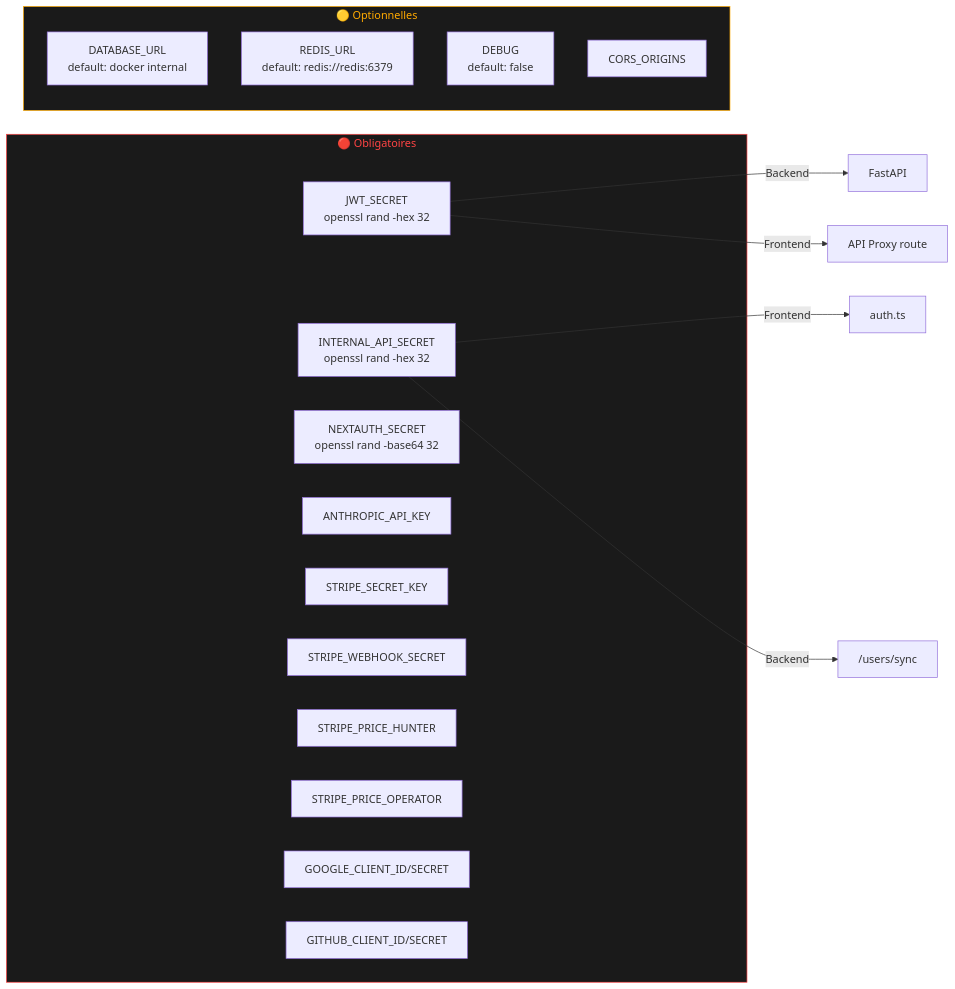
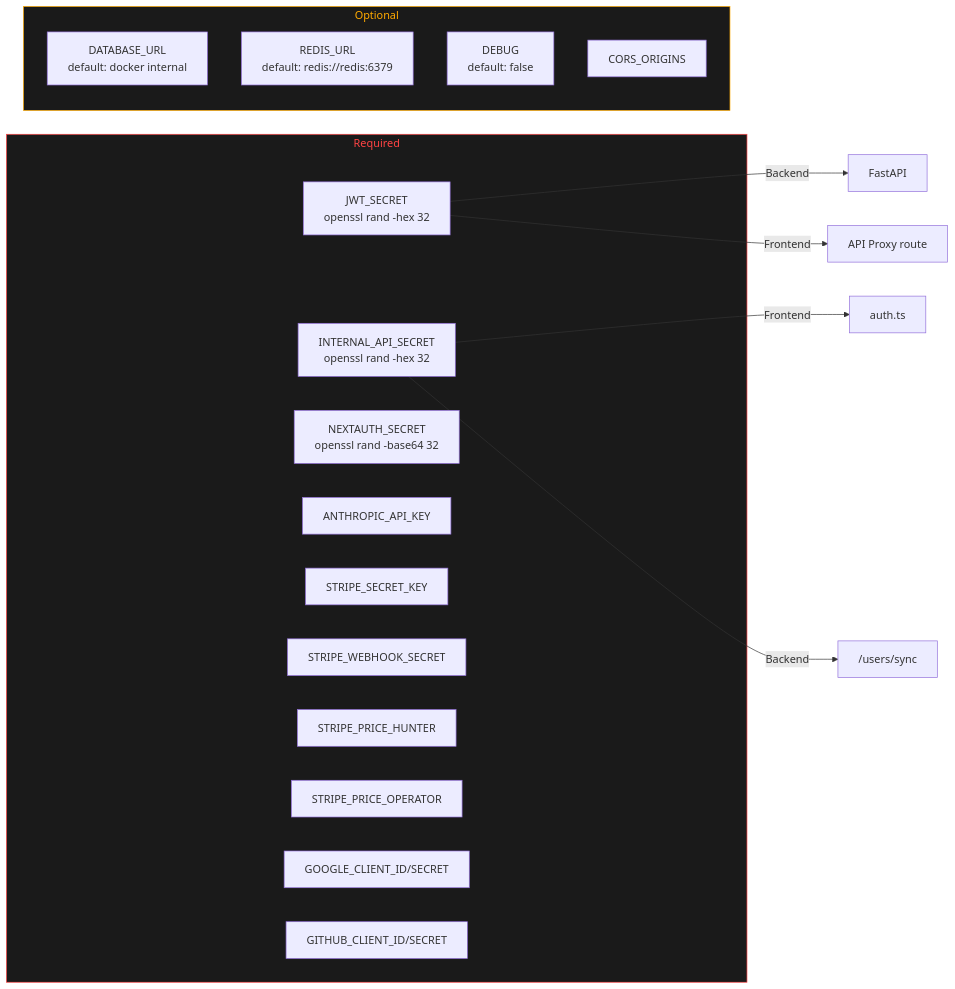
One commit to nabz0r/deadinternet.report changed the ninth of 9 diagrams in docs/ARCHITECTURE.md. Above: the diagram before and after it, drawn with Mermaid. The commit also changed other lines of this file and 17 other files, not shown here.

````diff
--- a/docs/ARCHITECTURE.md
+++ b/docs/ARCHITECTURE.md
@@ -381,30 +382,30 @@
 ```mermaid
 graph LR
-    subgraph Required["🔴 Obligatoires"]
+    subgraph Required["Required"]
         JWT["JWT_SECRET<br/>openssl rand -hex 32"]
         INTERNAL["INTERNAL_API_SECRET<br/>openssl rand -hex 32"]
         NEXTAUTH["NEXTAUTH_SECRET<br/>openssl rand -base64 32"]
         ANTHROPIC["ANTHROPIC_API_KEY"]
         STRIPE_SK["STRIPE_SECRET_KEY"]
         STRIPE_WH["STRIPE_WEBHOOK_SECRET"]
         STRIPE_PH["STRIPE_PRICE_HUNTER"]
         STRIPE_PO["STRIPE_PRICE_OPERATOR"]
         GOOGLE["GOOGLE_CLIENT_ID/SECRET"]
         GITHUB["GITHUB_CLIENT_ID/SECRET"]
     end
 
-    subgraph Optional["🟡 Optionnelles"]
+    subgraph Optional["Optional"]
         DB_URL["DATABASE_URL<br/>default: docker internal"]
         REDIS["REDIS_URL<br/>default: redis://redis:6379"]
         DEBUG["DEBUG<br/>default: false"]
         CORS["CORS_ORIGINS"]
     end
 
     JWT -->|Backend| FastAPI
     JWT -->|Frontend| Proxy["API Proxy route"]
     INTERNAL -->|Frontend| AuthTS["auth.ts"]
     INTERNAL -->|Backend| UsersSync["/users/sync"]
 
     style Required fill:#1a1a1a,color:#ff4444,stroke:#ff4444
     style Optional fill:#1a1a1a,color:#ffaa00,stroke:#ffaa00
 ```
````
